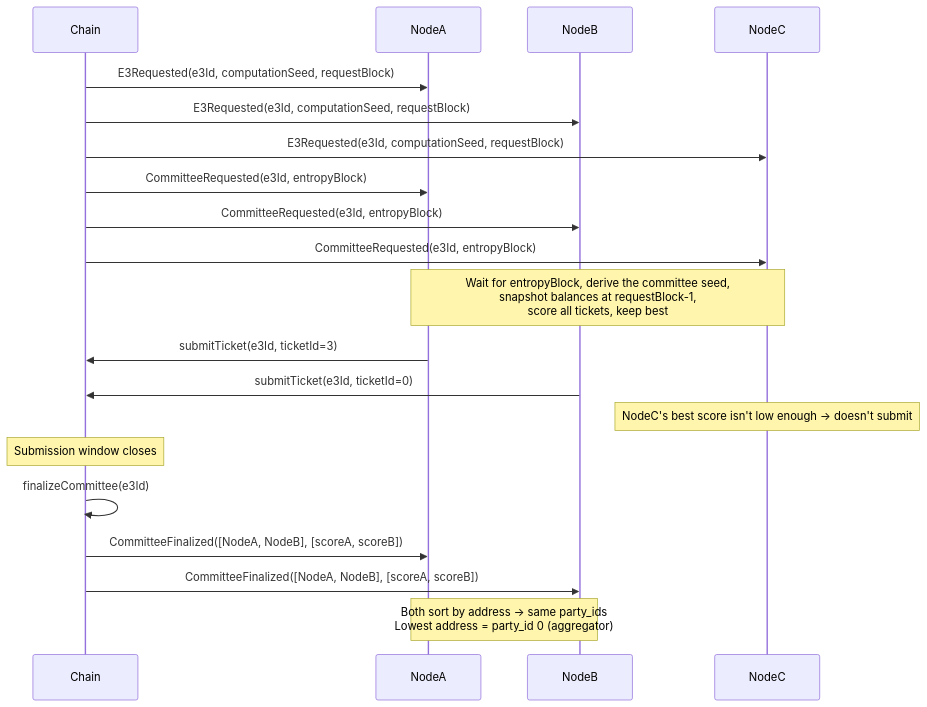
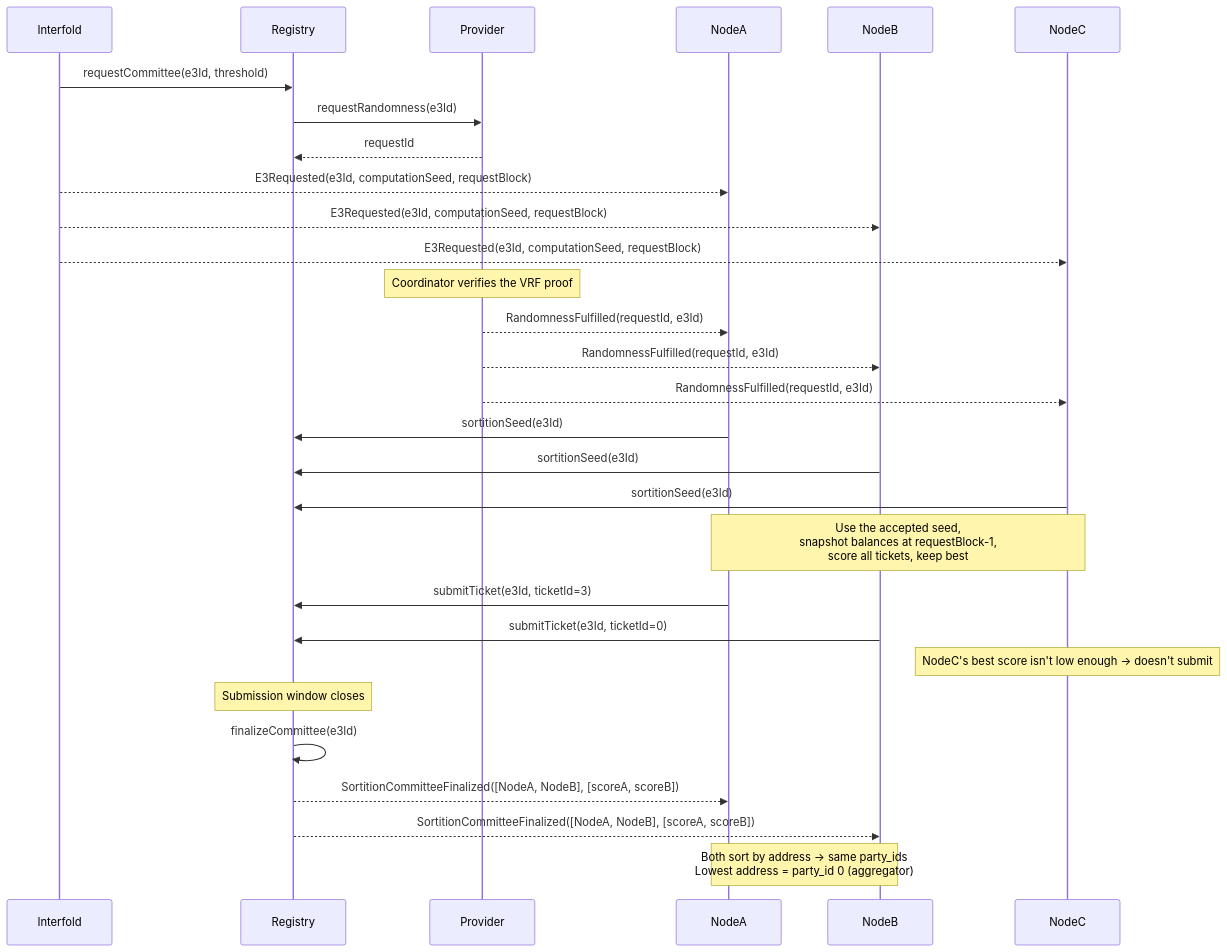
Before and after one commit to auryn-macmillan/enclave: the diagram in docs/pages/internals/sortition.mdx, drawn with Mermaid. The commit also changed other lines of this file and 114 other files, not shown here.

Commit message:
fix(sortition): use Chainlink VRF randomness [skip-line-limit] (#1881)

````diff
--- a/docs/pages/internals/sortition.mdx
+++ b/docs/pages/internals/sortition.mdx
@@ -214,27 +217,36 @@
 ```mermaid
 sequenceDiagram
-    participant Chain
+    participant Interfold
+    participant Registry
+    participant Provider
     participant NodeA
     participant NodeB
     participant NodeC
 
-    Chain->>NodeA: E3Requested(e3Id, computationSeed, requestBlock)
-    Chain->>NodeB: E3Requested(e3Id, computationSeed, requestBlock)
-    Chain->>NodeC: E3Requested(e3Id, computationSeed, requestBlock)
-    Chain->>NodeA: CommitteeRequested(e3Id, entropyBlock)
-    Chain->>NodeB: CommitteeRequested(e3Id, entropyBlock)
-    Chain->>NodeC: CommitteeRequested(e3Id, entropyBlock)
+    Interfold->>Registry: requestCommittee(e3Id, threshold)
+    Registry->>Provider: requestRandomness(e3Id)
+    Provider-->>Registry: requestId
+    Interfold-->>NodeA: E3Requested(e3Id, computationSeed, requestBlock)
+    Interfold-->>NodeB: E3Requested(e3Id, computationSeed, requestBlock)
+    Interfold-->>NodeC: E3Requested(e3Id, computationSeed, requestBlock)
+    Note over Provider: Coordinator verifies the VRF proof
+    Provider-->>NodeA: RandomnessFulfilled(requestId, e3Id)
+    Provider-->>NodeB: RandomnessFulfilled(requestId, e3Id)
+    Provider-->>NodeC: RandomnessFulfilled(requestId, e3Id)
 
-    Note over NodeA,NodeC: Wait for entropyBlock, derive the committee seed,<br/>snapshot balances at requestBlock-1,<br/>score all tickets, keep best
+    NodeA->>Registry: sortitionSeed(e3Id)
+    NodeB->>Registry: sortitionSeed(e3Id)
+    NodeC->>Registry: sortitionSeed(e3Id)
+    Note over NodeA,NodeC: Use the accepted seed,<br/>snapshot balances at requestBlock-1,<br/>score all tickets, keep best
 
-    NodeA->>Chain: submitTicket(e3Id, ticketId=3)
-    NodeB->>Chain: submitTicket(e3Id, ticketId=0)
+    NodeA->>Registry: submitTicket(e3Id, ticketId=3)
+    NodeB->>Registry: submitTicket(e3Id, ticketId=0)
     Note over NodeC: NodeC's best score isn't low enough → doesn't submit
 
-    Note over Chain: Submission window closes
-    Chain->>Chain: finalizeCommittee(e3Id)
-    Chain->>NodeA: CommitteeFinalized([NodeA, NodeB], [scoreA, scoreB])
-    Chain->>NodeB: CommitteeFinalized([NodeA, NodeB], [scoreA, scoreB])
+    Note over Registry: Submission window closes
+    Registry->>Registry: finalizeCommittee(e3Id)
+    Registry-->>NodeA: SortitionCommitteeFinalized([NodeA, NodeB], [scoreA, scoreB])
+    Registry-->>NodeB: SortitionCommitteeFinalized([NodeA, NodeB], [scoreA, scoreB])
 
     Note over NodeA,NodeB: Both sort by address → same party_ids<br/>Lowest address = party_id 0 (aggregator)
 ```
````
